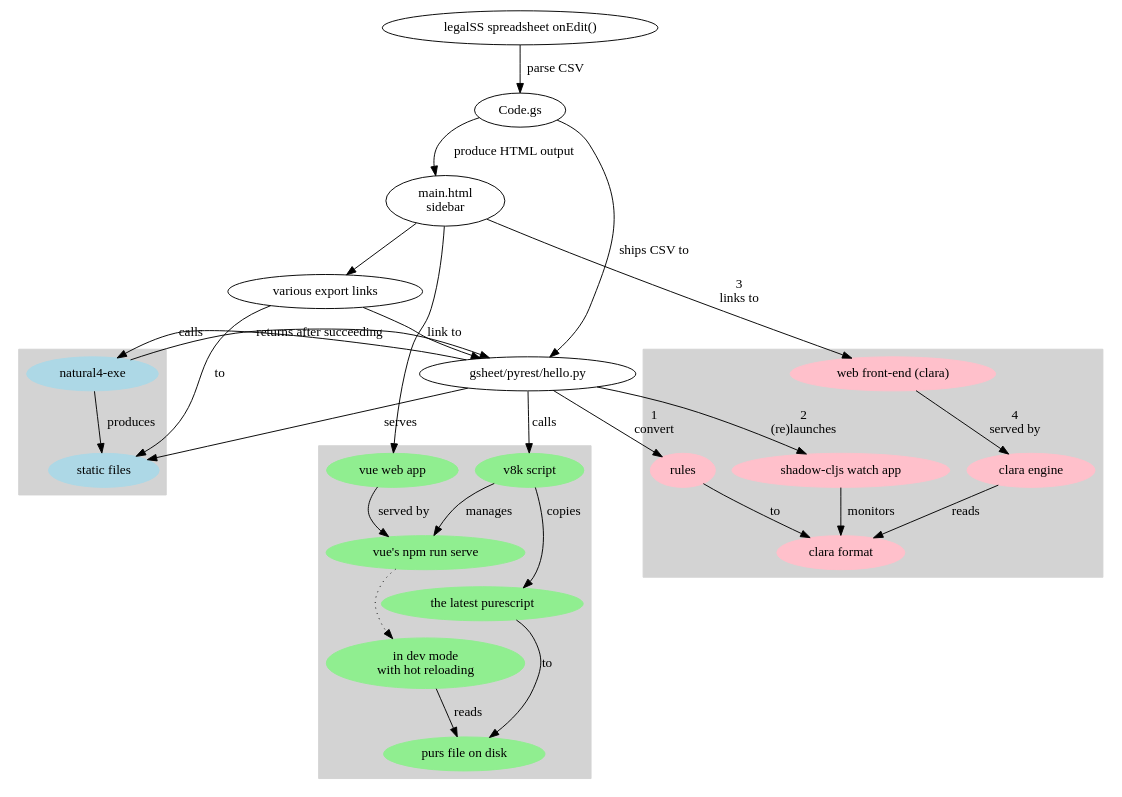
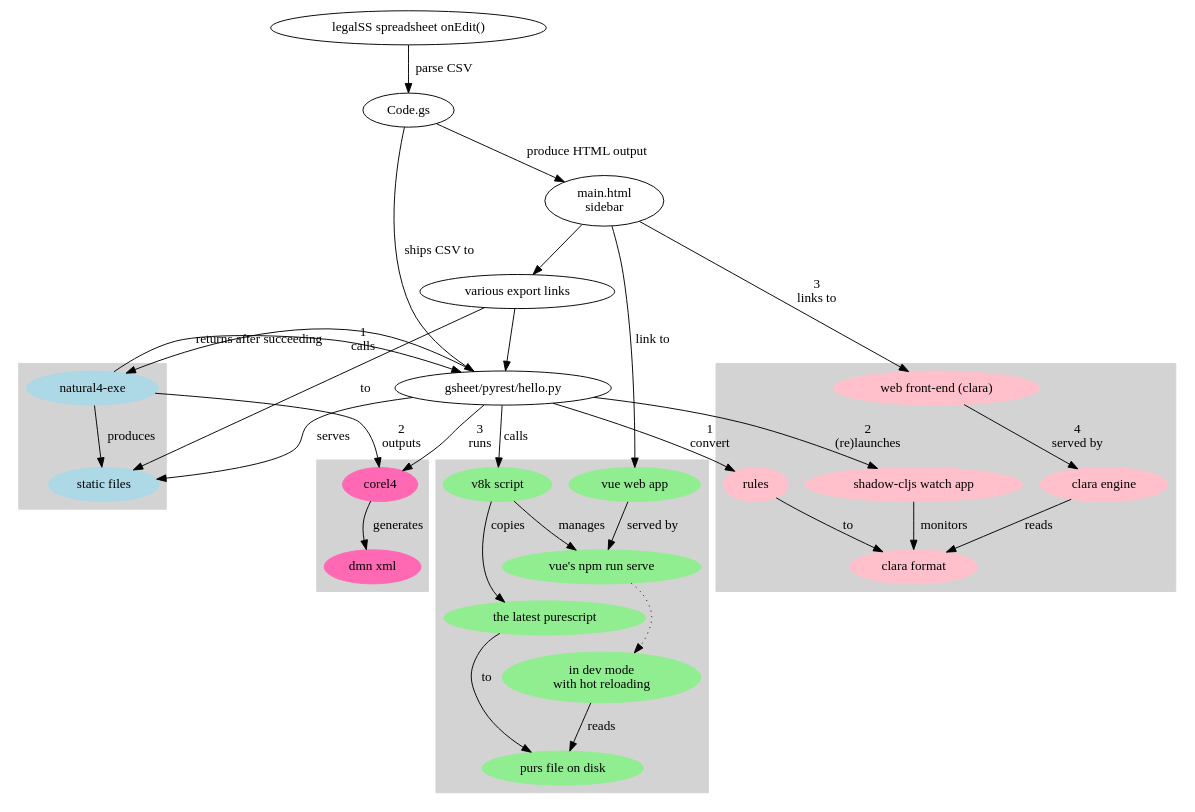
Before and after one commit to smucclaw/gsheet: the diagram in pyrest/architecture.dot, drawn with Graphviz. The commit also changed 1 other file, not shown here.

Commit message:
add suggestions for how to integrate the DMN outputter

```diff
--- a/pyrest/architecture.dot
+++ b/pyrest/architecture.dot
@@ -1,56 +1,67 @@
 digraph {
   "legalSS spreadsheet onEdit()" -> "Code.gs" [label="parse CSV"];
   "Code.gs" -> "gsheet/pyrest/hello.py" [label="ships CSV to"];
   "Code.gs" -> "main.html\nsidebar" [label="produce HTML output"];
   "main.html\nsidebar" -> "various export links";
   "various export links" -> "gsheet/pyrest/hello.py";
 
   subgraph cluster_natural4 {
    style=filled;
    color=lightgrey;
    node [style=filled,color=lightblue];
    "static files";
    "natural4-exe";
   }
   "gsheet/pyrest/hello.py" -> "static files" [label="serves"];
   "various export links" -> "static files" [label="to"];
   "natural4-exe" -> "static files" [label="produces"];
-  "gsheet/pyrest/hello.py" -> "natural4-exe" [label="calls"];
+  "gsheet/pyrest/hello.py" -> "natural4-exe" [label="1\ncalls"];
   "natural4-exe" -> "gsheet/pyrest/hello.py" [label="returns after succeeding"];
 
   subgraph cluster_vue {
    style=filled;
    color=lightgrey;
    node [style=filled,color=lightgreen];
   "vue web app";
   "v8k script";
   "vue's npm run serve";
   "in dev mode\nwith hot reloading";
   "the latest purescript";
   "purs file on disk";
   }
   "vue web app" -> "vue's npm run serve" [label="served by"];
   "v8k script" -> "vue's npm run serve" [label="manages"];
   "v8k script" -> "the latest purescript" [label="copies"];
   "the latest purescript" -> "purs file on disk" [label="to"];
   "vue's npm run serve" -> "in dev mode\nwith hot reloading" [style="dotted"];
   "in dev mode\nwith hot reloading" -> "purs file on disk" [label="reads"];
   "gsheet/pyrest/hello.py" -> "v8k script" [label="calls"];
   "main.html\nsidebar" -> "vue web app" [label="link to"];
 
+  subgraph cluster_dmn {
+   style=filled;
+   color=lightgrey;
+   node [style=filled,color=hotpink];
+
+   "corel4";
+   "corel4" -> "dmn xml" [label="generates"];   
+  }
+  "natural4-exe" -> "corel4" [label="2\noutputs"];
+  "gsheet/pyrest/hello.py" -> "corel4" [label="3\nruns"];
+
   subgraph cluster_new {
    style=filled;
    color=lightgrey;
    node [style=filled,color=pink];
    "rules";
    "rules" -> "clara format" [label="to"];
    "shadow-cljs watch app";
    "shadow-cljs watch app" -> "clara format" [label="monitors"];
    "clara engine";
    "clara engine" -> "clara format" [label="reads"];
    "web front-end (clara)" -> "clara engine" [label="4\nserved by"];
   }
   "gsheet/pyrest/hello.py" -> "rules" [label="1\nconvert"];
   "gsheet/pyrest/hello.py" -> "shadow-cljs watch app" [label="2\n(re)launches"];
   "main.html\nsidebar" -> "web front-end (clara)" [label="3\nlinks to"];
 }
```
